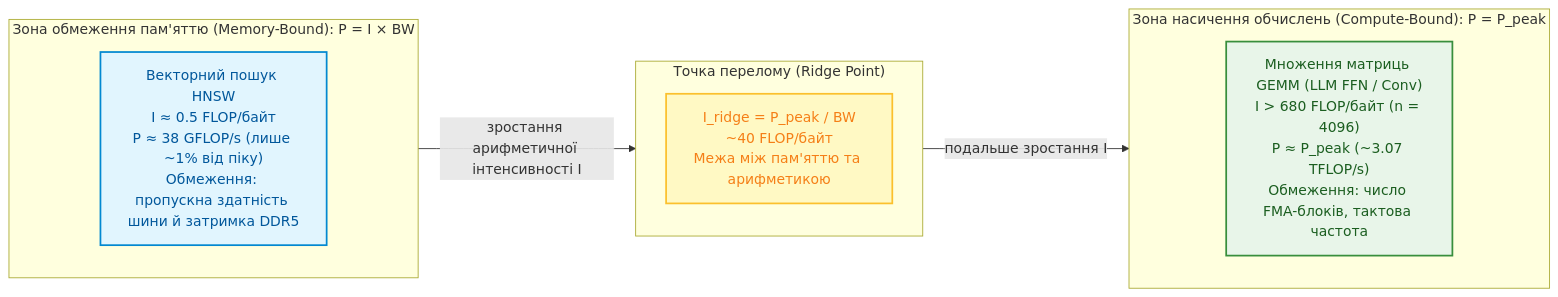
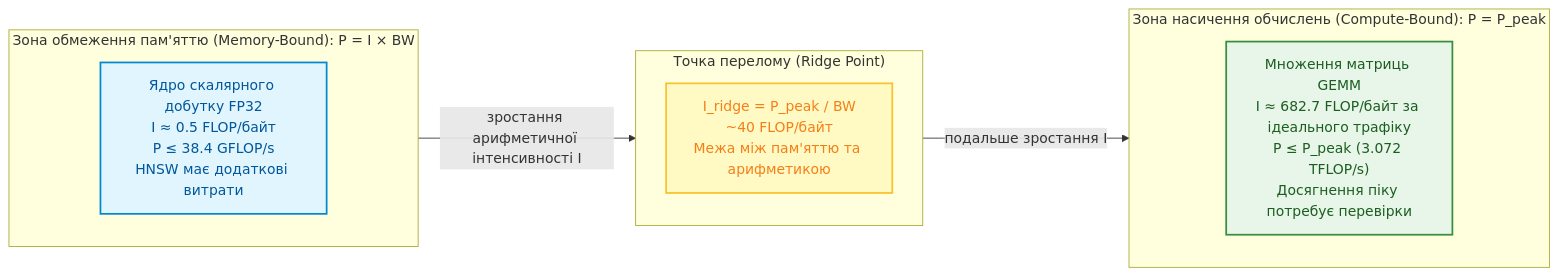
The second of 14 diagrams in ExpertSystem/ch18-execution-infrastructure.md (nick-fedchik/articles), drawn with Mermaid before and after one commit. The commit also changed other lines of this file and 7 other files, not shown here.

````diff
--- a/ExpertSystem/ch18-execution-infrastructure.md
+++ b/ExpertSystem/ch18-execution-infrastructure.md
@@ -144,31 +184,31 @@
 ```mermaid
 flowchart LR
     accTitle: Модель Roofline для задач експертної системи
     accDescr: Порівняння векторного пошуку HNSW у зоні обмеження пропускною здатністю пам'яті та матричного множення GEMM у зоні насичення обчислювальних блоків.
 
     subgraph MB["Зона обмеження пам'яттю (Memory-Bound): P = I × BW"]
         direction TB
-        HNSW["Векторний пошук HNSW<br/>I ≈ 0.5 FLOP/байт<br/>P ≈ 38 GFLOP/s (лише ~1% від піку)<br/>Обмеження: пропускна здатність шини й затримка DDR5"]
+        HNSW["Ядро скалярного добутку FP32<br/>I ≈ 0.5 FLOP/байт<br/>P ≤ 38.4 GFLOP/s<br/>HNSW має додаткові витрати"]
     end
 
     subgraph Ridge["Точка перелому (Ridge Point)"]
         direction TB
         RP["I_ridge = P_peak / BW<br/>~40 FLOP/байт<br/>Межа між пам'яттю та арифметикою"]
     end
 
     subgraph CB["Зона насичення обчислень (Compute-Bound): P = P_peak"]
         direction TB
-        GEMM["Множення матриць GEMM (LLM FFN / Conv)<br/>I > 680 FLOP/байт (n = 4096)<br/>P ≈ P_peak (~3.07 TFLOP/s)<br/>Обмеження: число FMA-блоків, тактова частота"]
+        GEMM["Множення матриць GEMM<br/>I ≈ 682.7 FLOP/байт за ідеального трафіку<br/>P ≤ P_peak (3.072 TFLOP/s)<br/>Досягнення піку потребує перевірки"]
     end
 
     MB -->|"зростання арифметичної інтенсивності I"| Ridge
     Ridge -->|"подальше зростання I"| CB
 
     classDef mem fill:#e1f5fe,stroke:#0288d1,stroke-width:2px,color:#01579b;
     classDef ridge fill:#fff9c4,stroke:#fbc02d,stroke-width:2px,color:#f57f17;
     classDef comp fill:#e8f5e9,stroke:#388e3c,stroke-width:2px,color:#1b5e20;
 
     class HNSW mem;
     class RP ridge;
     class GEMM comp;
 ```
````
